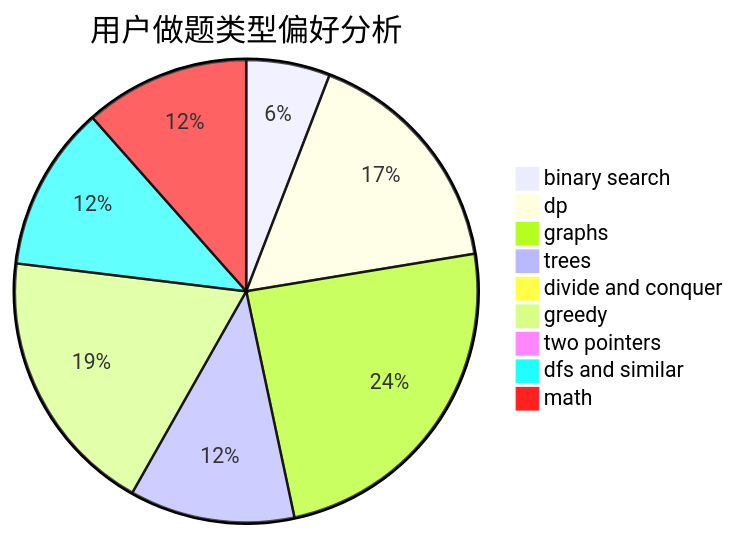
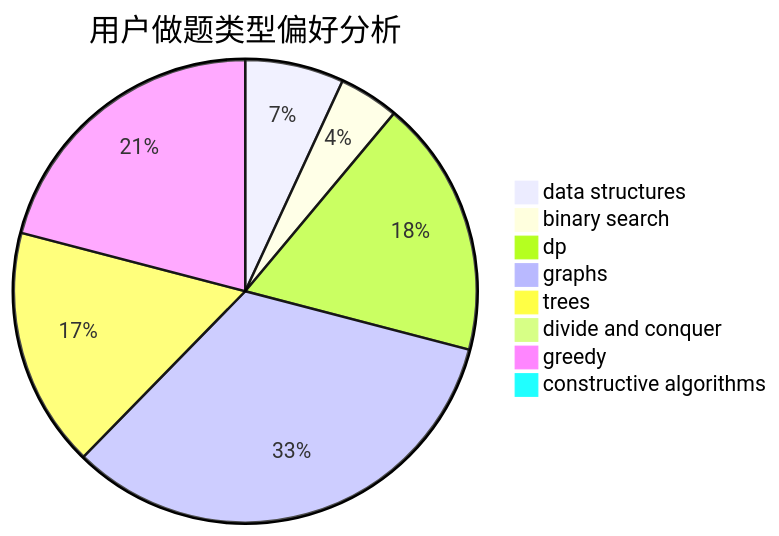
The second of 3 diagrams in docs/user/u897.md (sherpahu/cfrs.github.io), drawn with Mermaid before and after one commit. The commit also changed other lines of this file and 2775 other files, not shown here.

````diff
--- a/docs/user/u897.md
+++ b/docs/user/u897.md
@@ -23,12 +23,11 @@
 ```mermaid
 pie title 用户做题类型偏好分析
-    "binary search" :  35
-    "dp" :  99
-    "graphs" :  145
-    "trees" :  69
+    "data structures" :  28
+    "binary search" :  17
+    "dp" :  73
+    "graphs" :  135
+    "trees" :  68
     "divide and conquer" :  0
-    "greedy" :  112
-    "two pointers" :  0
-    "dfs and similar" :  69
-    "math" :  69
+    "greedy" :  85
+    "constructive algorithms" :  0
 ```
````
